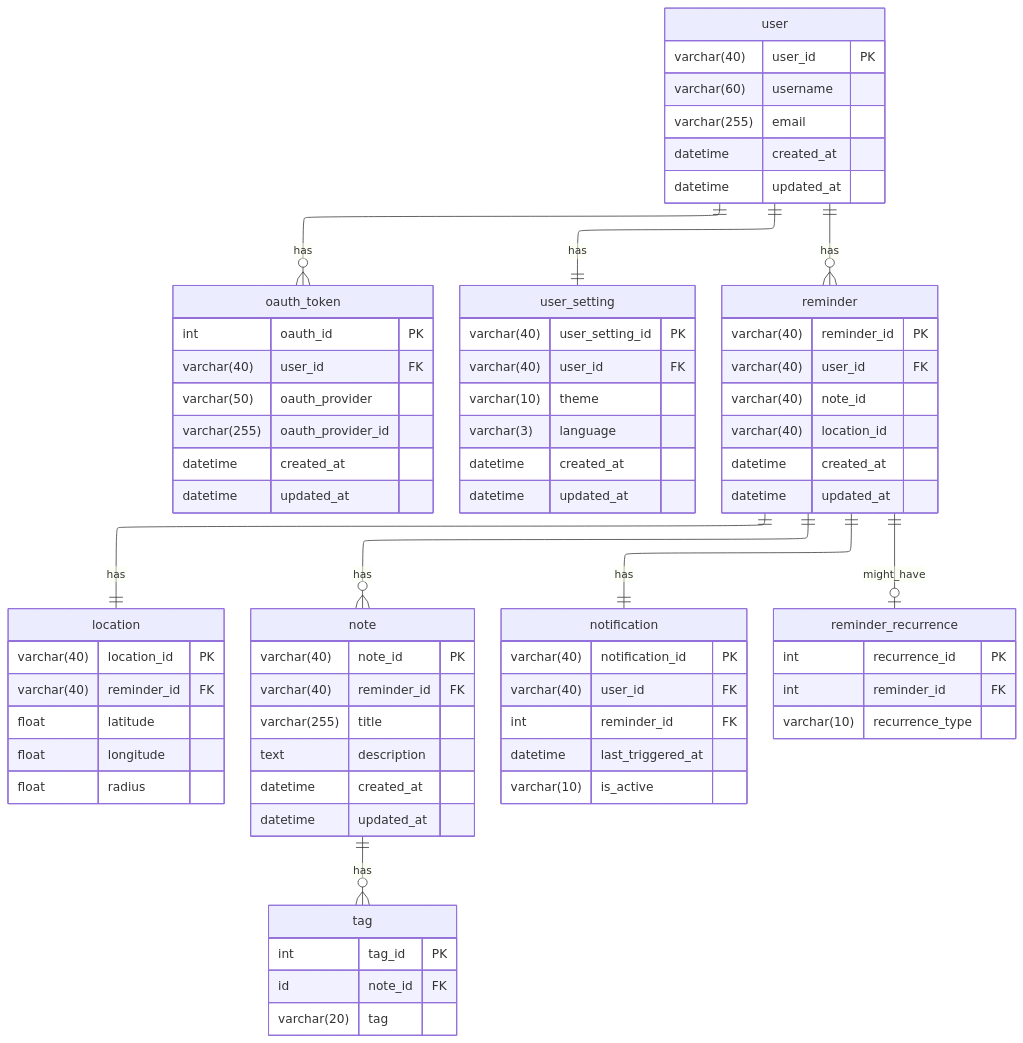
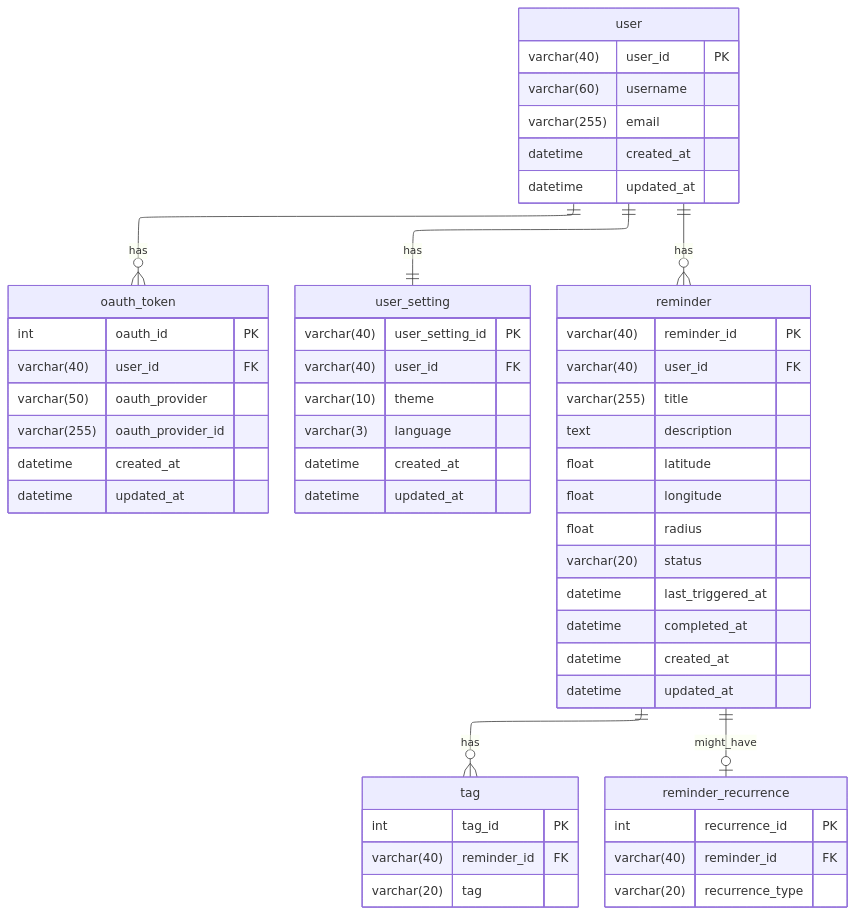
One commit to MapMinder/mapminder_documents changed the diagram in er_diagram.md. Above: the diagram before and after it, drawn with Mermaid.

Commit message:
refac: finalized database

````diff
--- a/er_diagram.md
+++ b/er_diagram.md
@@ -7,9 +7,17 @@
 ---
 erDiagram
 
+user {
+    varchar(40) user_id PK
+    varchar(60) username
+    varchar(255) email
+    datetime created_at
+    datetime updated_at
+}
+
 oauth_token {
     int oauth_id PK
-    varchar(40) user_id FK 
+    varchar(40) user_id FK
     varchar(50) oauth_provider
     varchar(255) oauth_provider_id
     datetime created_at
@@ -25,66 +33,40 @@
     datetime updated_at
 }
 
-user {
-    varchar(40) user_id PK
-    varchar(60) username
-    varchar(255) email
+reminder {
+    varchar(40) reminder_id PK
+    varchar(40) user_id FK
+
+    varchar(255) title
+    text description
+
+    float latitude
+    float longitude
+    float radius
+
+    varchar(20) status
+    datetime last_triggered_at
+    datetime completed_at
+
     datetime created_at
     datetime updated_at
 }
 
 tag {
     int tag_id PK
-    id note_id FK
+    varchar(40) reminder_id FK
     varchar(20) tag
-}
-
-location {
-    varchar(40) location_id PK
-    varchar(40) reminder_id FK
-    float latitude
-    float longitude
-    float radius
-}
-
-reminder {
-    varchar(40) reminder_id PK
-    varchar(40) user_id FK
-    varchar(40) note_id
-    varchar(40) location_id
-    datetime created_at
-    datetime updated_at
-}
-
-note {
-    varchar(40) note_id PK
-    varchar(40) reminder_id FK
-    varchar(255) title
-    text description
-    datetime created_at
-    datetime updated_at
-}
-
-notification {
-    varchar(40) notification_id PK
-    varchar(40) user_id FK
-    int reminder_id FK
-    datetime last_triggered_at
-    varchar(10) is_active
 }
 
 reminder_recurrence {
     int recurrence_id PK
-    int reminder_id FK
-    varchar(10) recurrence_type
+    varchar(40) reminder_id FK
+    varchar(20) recurrence_type
 }
 
 user ||--o{ reminder : has
 user ||--o{ oauth_token : has
 user ||--|| user_setting : has
-reminder ||--o{ note : has
-note ||--o{ tag : has
-reminder ||--|| location : has
-reminder ||--|| notification : has
+reminder ||--o{ tag : has
 reminder ||--o| reminder_recurrence : might_have
 ```
````
